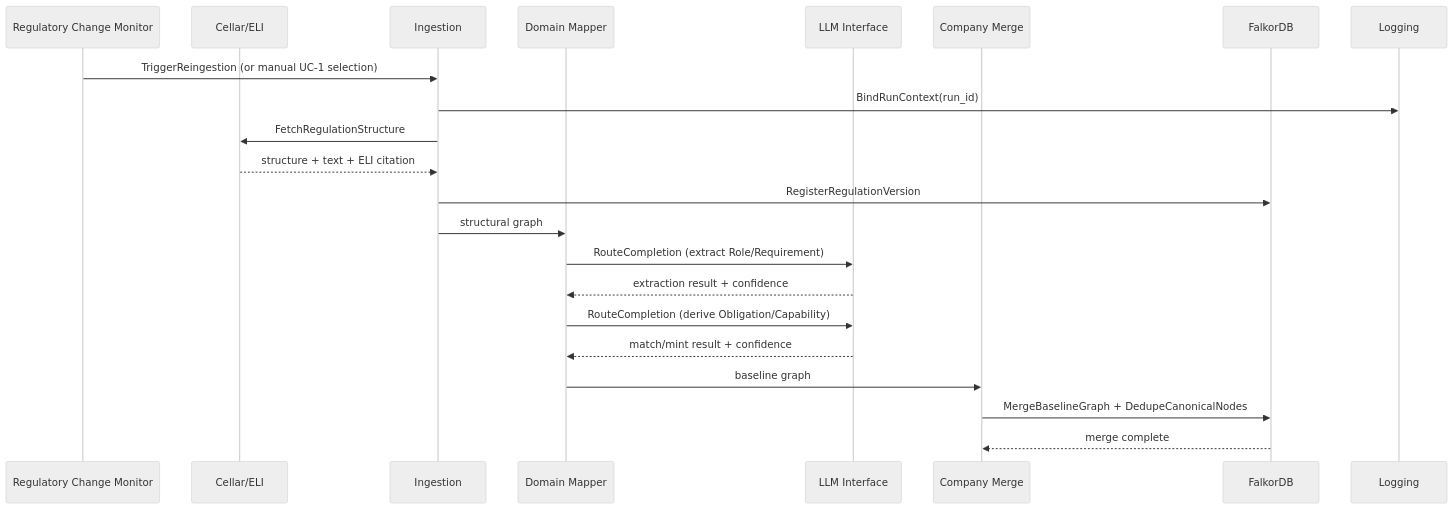
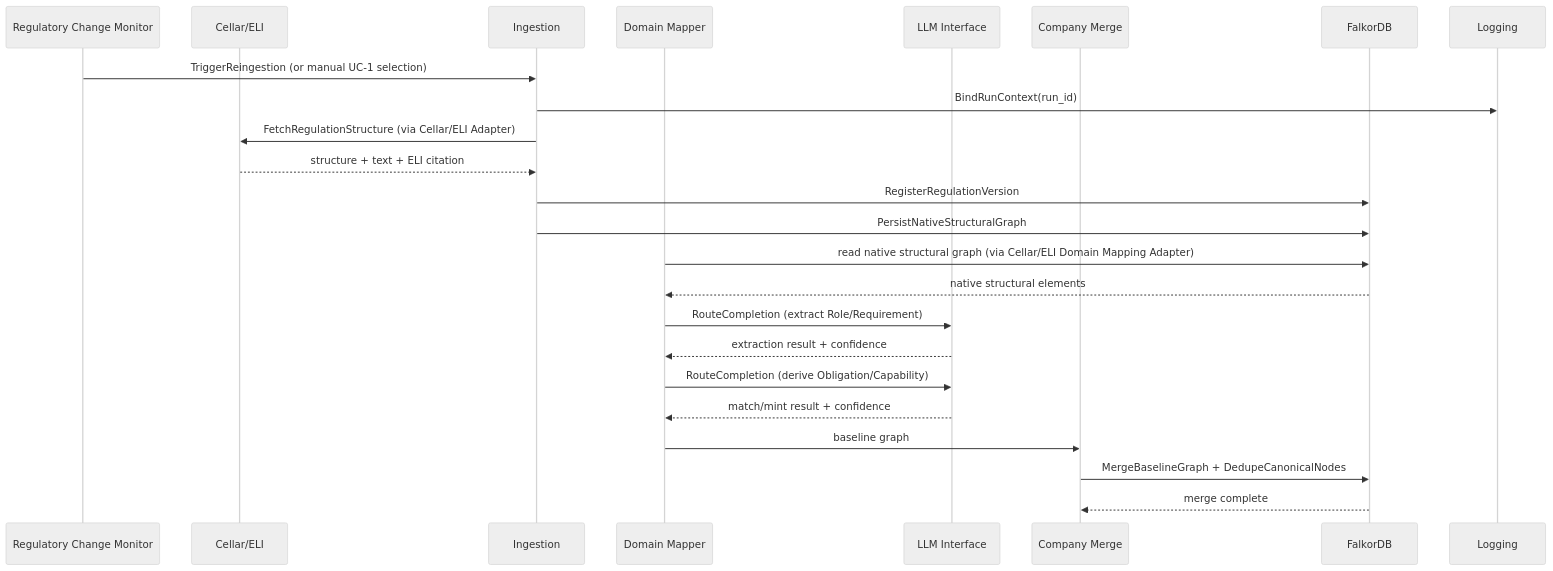
One commit to mindovermachine-dev/policy-system changed the second of 3 diagrams in docs/architecture/ps-service-container-architecture.md. Above: the diagram before and after it, drawn with Mermaid (neutral theme). The commit also changed other lines of this file and 2 other files, not shown here.

Commit message:
docs(fix): clarified ingestion and domain mapper conponents in ca. fixed inverted relationship bug in conceptual model.

````diff
--- a/docs/architecture/ps-service-container-architecture.md
+++ b/docs/architecture/ps-service-container-architecture.md
@@ -559,27 +602,29 @@
 ```mermaid
 sequenceDiagram
     participant Monitor as Regulatory Change Monitor
     participant Cellar as Cellar/ELI
     participant Ingestion
     participant Mapper as Domain Mapper
     participant LLM as LLM Interface
     participant Merge as Company Merge
     participant DB as FalkorDB
     participant Logging
 
     Monitor->>Ingestion: TriggerReingestion (or manual UC-1 selection)
     Ingestion->>Logging: BindRunContext(run_id)
-    Ingestion->>Cellar: FetchRegulationStructure
+    Ingestion->>Cellar: FetchRegulationStructure (via Cellar/ELI Adapter)
     Cellar-->>Ingestion: structure + text + ELI citation
     Ingestion->>DB: RegisterRegulationVersion
-    Ingestion->>Mapper: structural graph
+    Ingestion->>DB: PersistNativeStructuralGraph
 
+    Mapper->>DB: read native structural graph (via Cellar/ELI Domain Mapping Adapter)
+    DB-->>Mapper: native structural elements
     Mapper->>LLM: RouteCompletion (extract Role/Requirement)
     LLM-->>Mapper: extraction result + confidence
     Mapper->>LLM: RouteCompletion (derive Obligation/Capability)
     LLM-->>Mapper: match/mint result + confidence
     Mapper->>Merge: baseline graph
 
     Merge->>DB: MergeBaselineGraph + DedupeCanonicalNodes
     DB-->>Merge: merge complete
 ```
````
